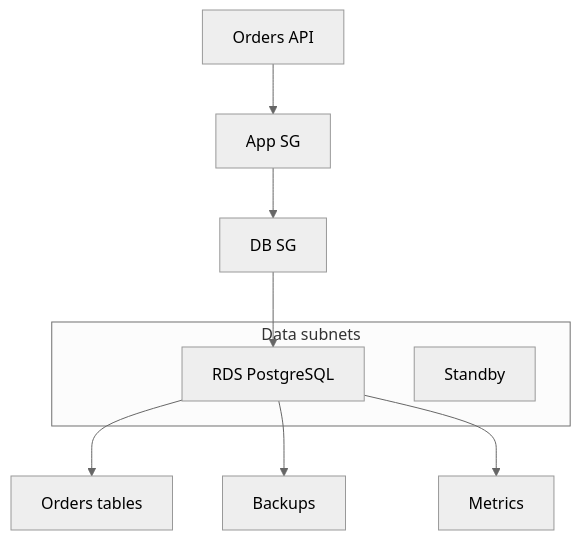
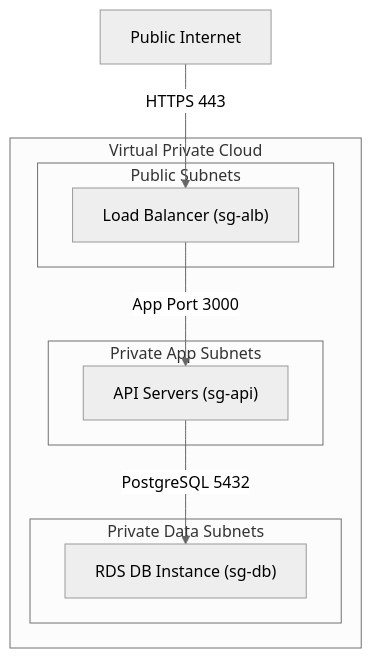
One commit to senlinyy/dev-roadmaps changed the diagram in cloud-providers/aws/storage-databases/rds-relational-databases.md. Above: the diagram before and after it, drawn with Mermaid (neutral theme). The commit also changed other lines of this file and 58 other files, not shown here.

````diff
--- a/cloud-providers/aws/storage-databases/rds-relational-databases.md
+++ b/cloud-providers/aws/storage-databases/rds-relational-databases.md
@@ -168,15 +67,18 @@
 ```mermaid
-flowchart TB
-    App["Orders API"] --> SG["App SG"]
-    SG --> DBSG["DB SG"]
-    DBSG --> RDS["RDS PostgreSQL"]
-
-    subgraph Data["Data subnets"]
-        RDS
-        Standby["Standby"]
+flowchart TD
+    subgraph VPC["Virtual Private Cloud"]
+        subgraph PublicSubnet["Public Subnets"]
+            ALB["Load Balancer (sg-alb)"]
+        end
+        subgraph AppSubnet["Private App Subnets"]
+            App["API Servers (sg-api)"]
+        end
+        subgraph DataSubnet["Private Data Subnets"]
+            RDS["RDS DB Instance (sg-db)"]
+        end
     end
 
-    RDS --> Tables["Orders tables"]
-    RDS --> Backups["Backups"]
-    RDS --> Metrics["Metrics"]
+    Internet["Public Internet"] -->|HTTPS 443| ALB
+    ALB -->|App Port 3000| App
+    App -->|PostgreSQL 5432| RDS
 ```
````
